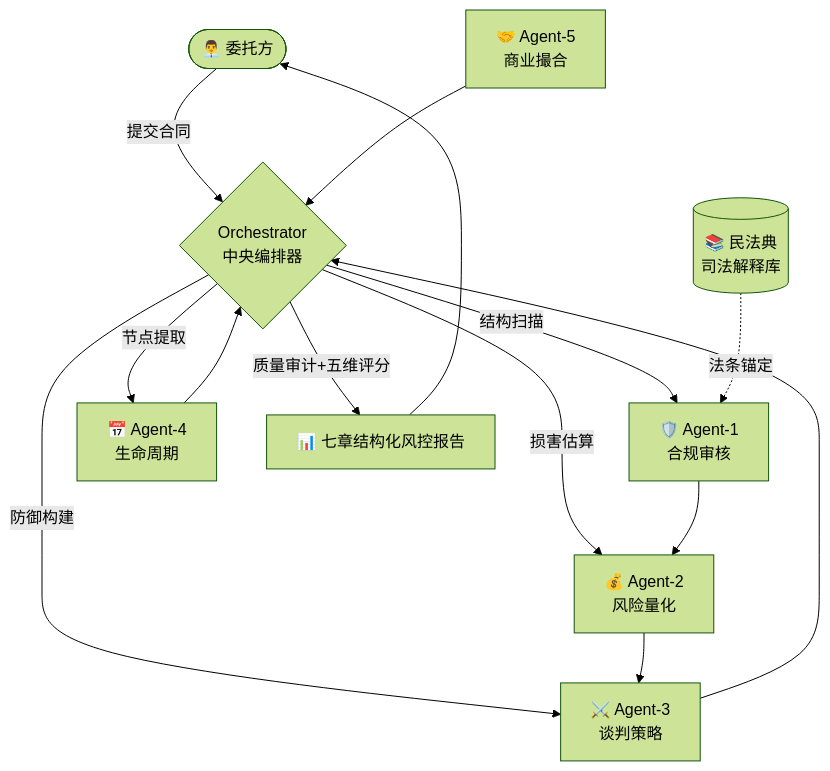
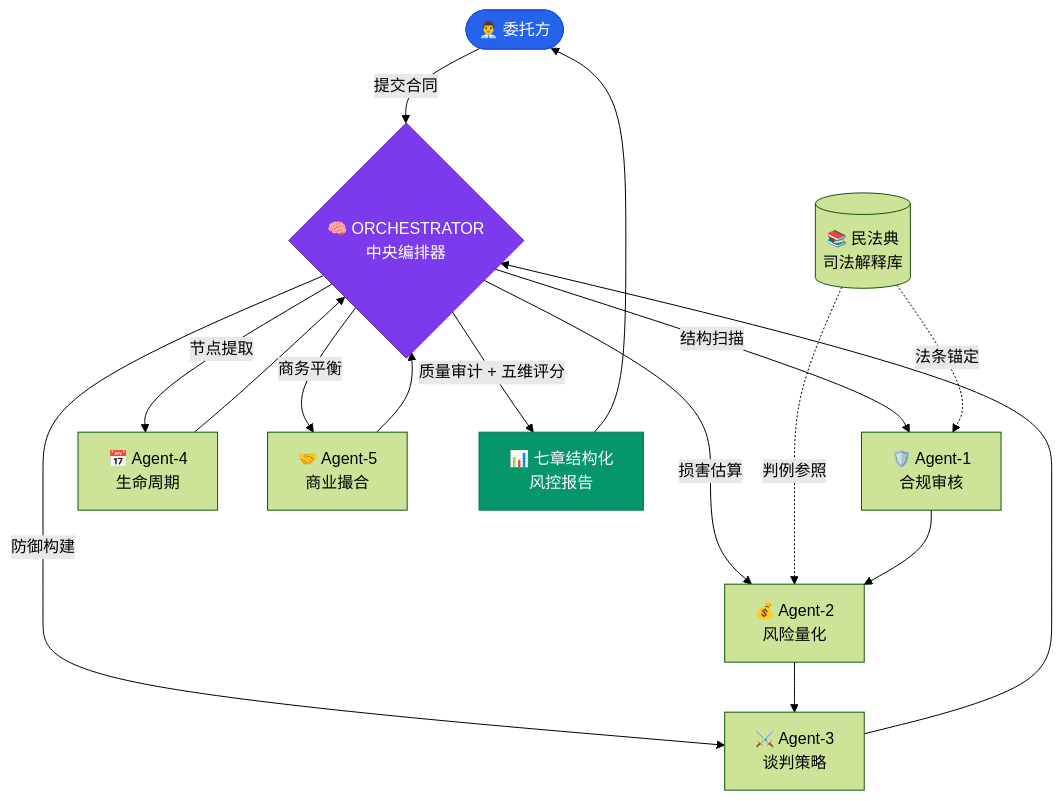
The diagram in README.md (evan66547/Contract-Reviewer-Agent-Eval), drawn with Mermaid (forest theme) before and after one commit. The commit also changed other lines of this file, not shown here.

````diff
--- a/README.md
+++ b/README.md
@@ -144,14 +274,24 @@
 ```mermaid
 graph TD
-    User(["👨‍💼 委托方"]) -->|"提交合同"| ORC{"Orchestrator<br>中央编排器"}
+    User(["👨‍💼 委托方"]) -->|"提交合同"| ORC{"🧠 ORCHESTRATOR<br>中央编排器"}
+
     ORC -->|"结构扫描"| A1["🛡️ Agent-1<br>合规审核"]
     ORC -->|"损害估算"| A2["💰 Agent-2<br>风险量化"]
     ORC -->|"防御构建"| A3["⚔️ Agent-3<br>谈判策略"]
     ORC -->|"节点提取"| A4["📅 Agent-4<br>生命周期"]
+    ORC -->|"商务平衡"| A5["🤝 Agent-5<br>商业撮合"]
+
     RAG[("📚 民法典<br>司法解释库")] -.->|"法条锚定"| A1
+    RAG -.->|"判例参照"| A2
+
     A1 --> A2 --> A3 --> ORC
     A4 --> ORC
-    A5["🤝 Agent-5<br>商业撮合"] --> ORC
-    ORC -->|"质量审计+五维评分"| OUTPUT["📊 七章结构化风控报告"]
-    OUTPUT --> User
+    A5 --> ORC
+
+    ORC -->|"质量审计 + 五维评分"| REPORT["📊 七章结构化<br>风控报告"]
+    REPORT --> User
+
+    style ORC fill:#7c3aed,stroke:#5b21b6,color:#fff
+    style REPORT fill:#059669,stroke:#047857,color:#fff
+    style User fill:#2563eb,stroke:#1d4ed8,color:#fff
 ```
````
